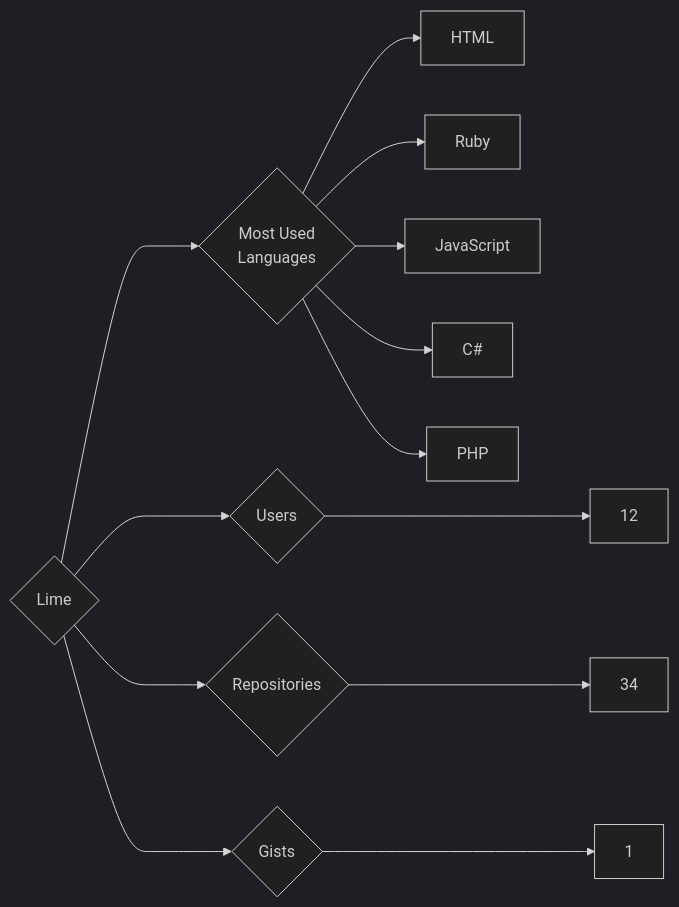
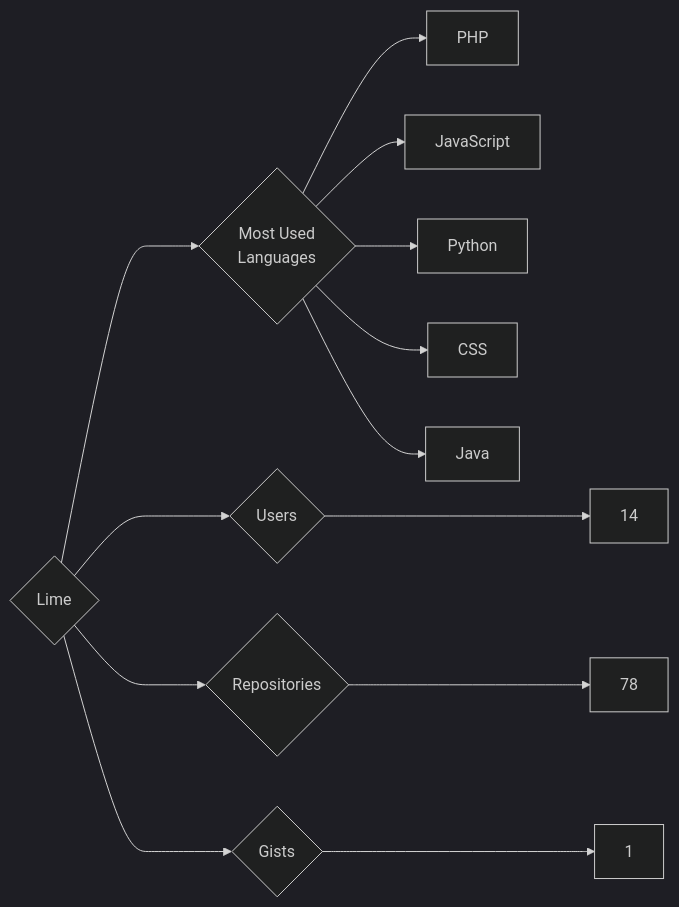
Before and after one commit to trickest/insiders: the diagram in targets/Lime/README.md, drawn with Mermaid (dark theme). The commit also changed 912 other files, not shown here.

````diff
--- a/targets/Lime/README.md
+++ b/targets/Lime/README.md
@@ -3,13 +3,13 @@
 ```mermaid
 graph LR
 COMPANY_NAME{Lime}
-COMPANY_NAME ---> U{Users} ---> UN[12]
-COMPANY_NAME ---> R{Repositories} ---> RN[34]
+COMPANY_NAME ---> U{Users} ---> UN[14]
+COMPANY_NAME ---> R{Repositories} ---> RN[78]
 COMPANY_NAME ---> G{Gists} ---> GN[1]
 COMPANY_NAME ---> ML{Most Used<br>Languages}
-ML --> HTML[HTML]
-ML --> Ruby[Ruby]
+ML --> PHP[PHP]
 ML --> JavaScript[JavaScript]
-ML --> C#[C#]
-ML --> PHP[PHP]
+ML --> Python[Python]
+ML --> CSS[CSS]
+ML --> Java[Java]
 ```
````
